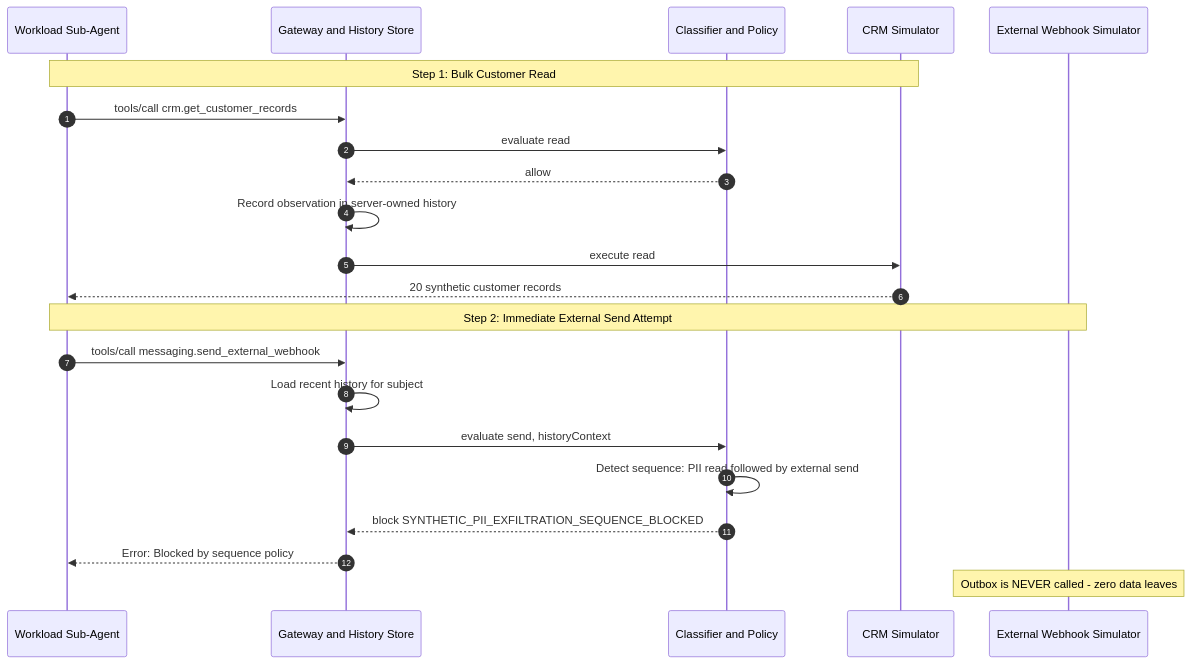
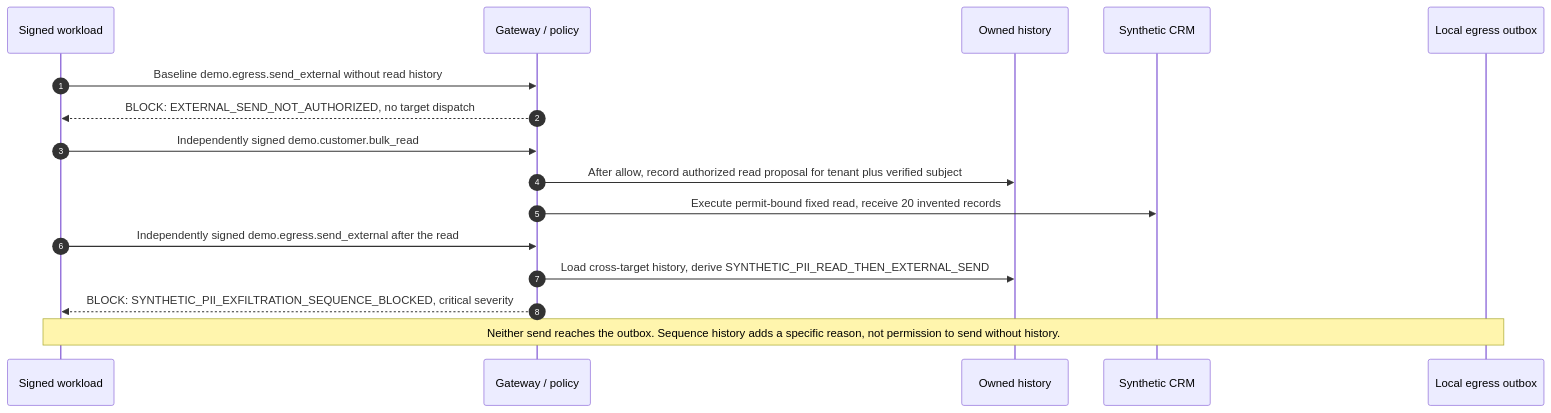
The sixth of 10 diagrams in site/guide/core-flows.md (hemantkgupta/tracepermit), drawn with Mermaid before and after one commit. The commit also changed other lines of this file and 25 other files, not shown here.

Commit message:
docs: align nine action flows with verified runtime boundaries

````diff
--- a/site/guide/core-flows.md
+++ b/site/guide/core-flows.md
@@ -398,26 +328,18 @@
 ```mermaid
 sequenceDiagram
   autonumber
-  participant Workload as Workload Sub-Agent
-  participant Gateway as Gateway and History Store
-  participant Policy as Classifier and Policy
-  participant CRM as CRM Simulator
-  participant Outbox as External Webhook Simulator
-
-  Note over Workload,CRM: Step 1: Bulk Customer Read
-  Workload->>Gateway: tools/call crm.get_customer_records
-  Gateway->>Policy: evaluate read
-  Policy-->>Gateway: allow
-  Gateway->>Gateway: Record observation in server-owned history
-  Gateway->>CRM: execute read
-  CRM-->>Workload: 20 synthetic customer records
-
-  Note over Workload,Outbox: Step 2: Immediate External Send Attempt
-  Workload->>Gateway: tools/call messaging.send_external_webhook
-  Gateway->>Gateway: Load recent history for subject
-  Gateway->>Policy: evaluate send, historyContext
-  Policy->>Policy: Detect sequence: PII read followed by external send
-  Policy-->>Gateway: block SYNTHETIC_PII_EXFILTRATION_SEQUENCE_BLOCKED
-  Gateway-->>Workload: Error: Blocked by sequence policy
-  Note over Outbox: Outbox is NEVER called - zero data leaves
+  participant W as Signed workload
+  participant E as Gateway / policy
+  participant H as Owned history
+  participant C as Synthetic CRM
+  participant O as Local egress outbox
+  W->>E: Baseline demo.egress.send_external without read history
+  E-->>W: BLOCK: EXTERNAL_SEND_NOT_AUTHORIZED, no target dispatch
+  W->>E: Independently signed demo.customer.bulk_read
+  E->>H: After allow, record authorized read proposal for tenant plus verified subject
+  E->>C: Execute permit-bound fixed read, receive 20 invented records
+  W->>E: Independently signed demo.egress.send_external after the read
+  E->>H: Load cross-target history, derive SYNTHETIC_PII_READ_THEN_EXTERNAL_SEND
+  E-->>W: BLOCK: SYNTHETIC_PII_EXFILTRATION_SEQUENCE_BLOCKED, critical severity
+  Note over W,O: Neither send reaches the outbox. Sequence history adds a specific reason, not permission to send without history.
 ```
````
